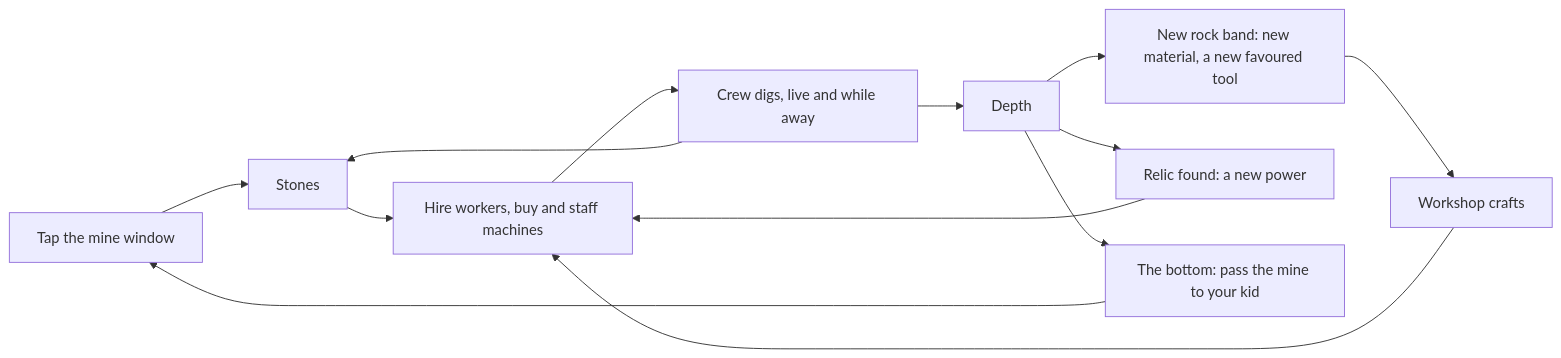
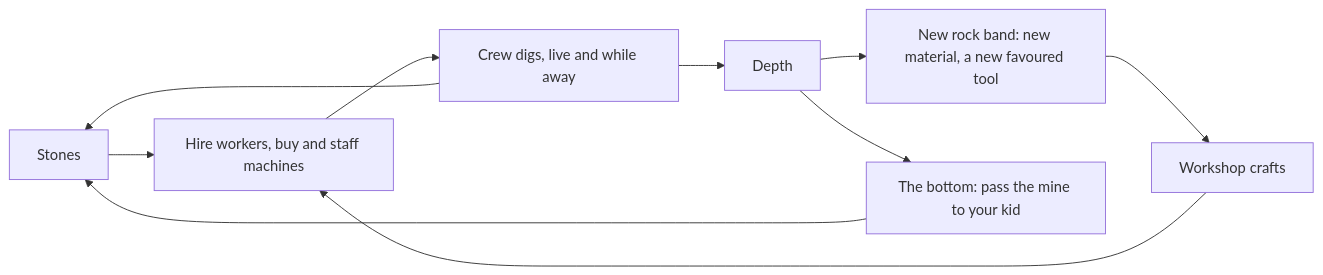
Before and after one commit to FBakkensen/Dad-Friendly-Game: the diagram in docs/design-intent.md, drawn with Mermaid. The commit also changed other lines of this file and 238 other files, not shown here.

````diff
--- a/docs/design-intent.md
+++ b/docs/design-intent.md
@@ -28,15 +28,12 @@
 ```mermaid
 flowchart LR
-  T[Tap the mine window] --> S[Stones]
-  S --> B[Hire workers, buy and staff machines]
+  S[Stones] --> B[Hire workers, buy and staff machines]
   B --> R[Crew digs, live and while away]
   R --> S
   R --> D[Depth]
   D --> L[New rock band: new material, a new favoured tool]
-  D --> RL[Relic found: a new power]
   L --> W[Workshop crafts]
   W --> B
-  RL --> B
   D --> K[The bottom: pass the mine to your kid]
-  K --> T
+  K --> S
 ```
````
